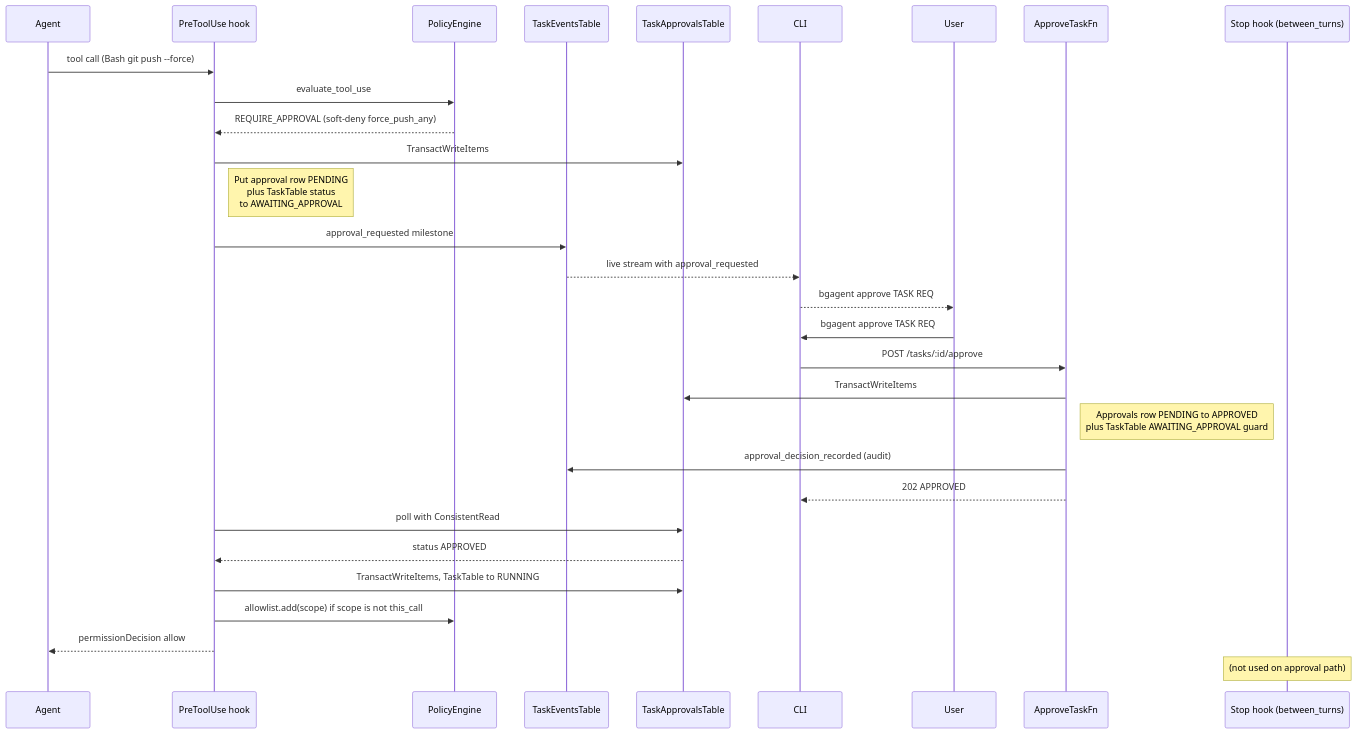
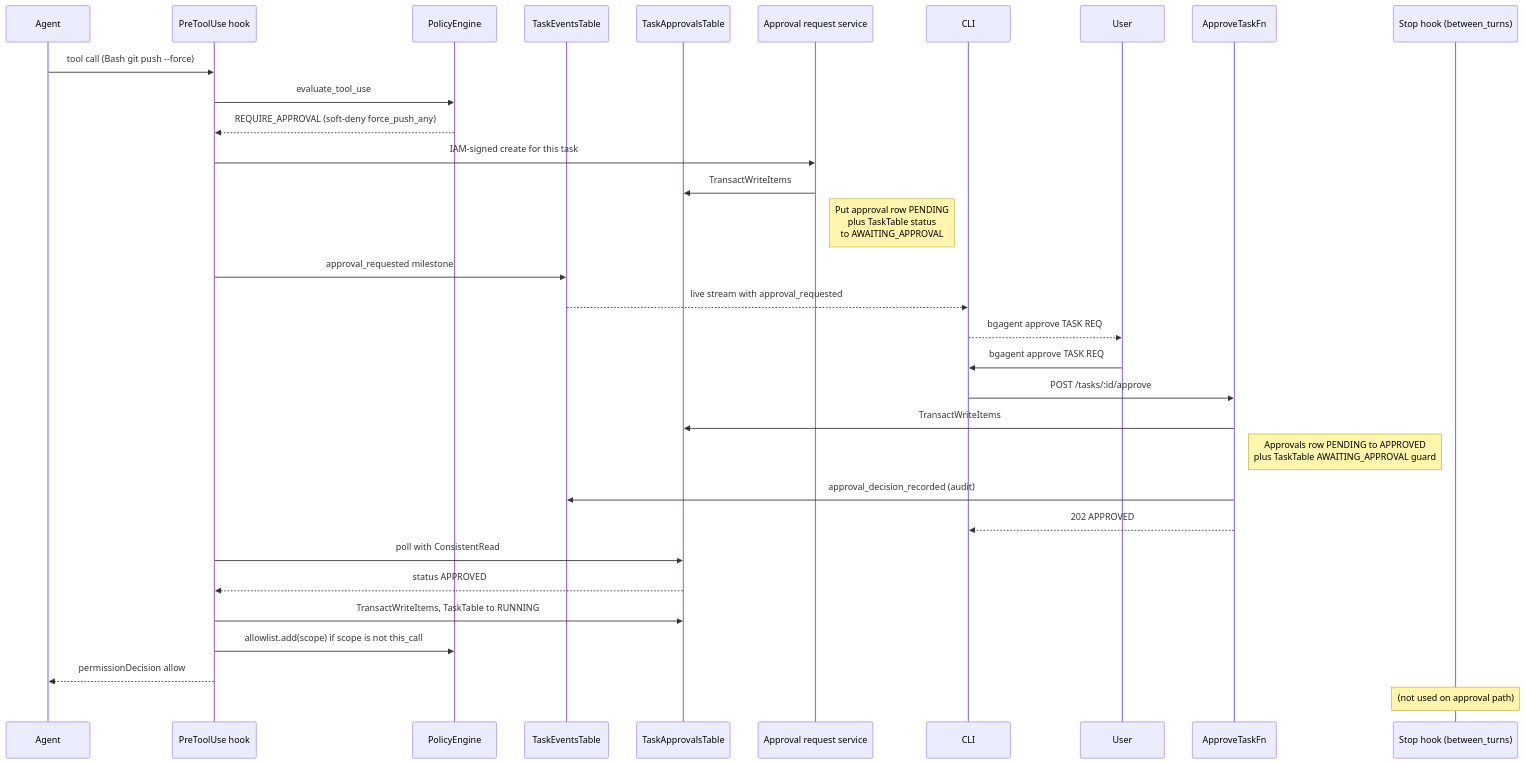
One commit to aws-samples/sample-autonomous-cloud-coding-agents changed the second of 6 diagrams in docs/design/CEDAR_HITL_GATES.md. Above: the diagram before and after it, drawn with Mermaid. The commit also changed 3 other files, not shown here.

Commit message:
docs(security): describe trusted approval writes and updated request flow

````diff
--- a/docs/design/CEDAR_HITL_GATES.md
+++ b/docs/design/CEDAR_HITL_GATES.md
@@ -313,33 +313,35 @@
 ```mermaid
 sequenceDiagram
     participant Agent
     participant Hook as PreToolUse hook
     participant Engine as PolicyEngine
     participant Events as TaskEventsTable
     participant Approvals as TaskApprovalsTable
+    participant Requests as Approval request service
     participant CLI
     participant User
     participant Lambda as ApproveTaskFn
     participant Stop as Stop hook (between_turns)
 
     Agent->>Hook: tool call (Bash git push --force)
     Hook->>Engine: evaluate_tool_use
     Engine-->>Hook: REQUIRE_APPROVAL (soft-deny force_push_any)
-    Hook->>Approvals: TransactWriteItems
-    Note right of Hook: Put approval row PENDING<br/>plus TaskTable status<br/>to AWAITING_APPROVAL
+    Hook->>Requests: IAM-signed create for this task
+    Requests->>Approvals: TransactWriteItems
+    Note right of Requests: Put approval row PENDING<br/>plus TaskTable status<br/>to AWAITING_APPROVAL
     Hook->>Events: approval_requested milestone
     Events-->>CLI: live stream with approval_requested
     CLI-->>User: bgagent approve TASK REQ
     User->>CLI: bgagent approve TASK REQ
     CLI->>Lambda: POST /tasks/:id/approve
     Lambda->>Approvals: TransactWriteItems
     Note right of Lambda: Approvals row PENDING to APPROVED<br/>plus TaskTable AWAITING_APPROVAL guard
     Lambda->>Events: approval_decision_recorded (audit)
     Lambda-->>CLI: 202 APPROVED
     Hook->>Approvals: poll with ConsistentRead
     Approvals-->>Hook: status APPROVED
     Hook->>Approvals: TransactWriteItems, TaskTable to RUNNING
     Hook->>Engine: allowlist.add(scope) if scope is not this_call
     Hook-->>Agent: permissionDecision allow
     Note over Stop: (not used on approval path)
 ```
````
